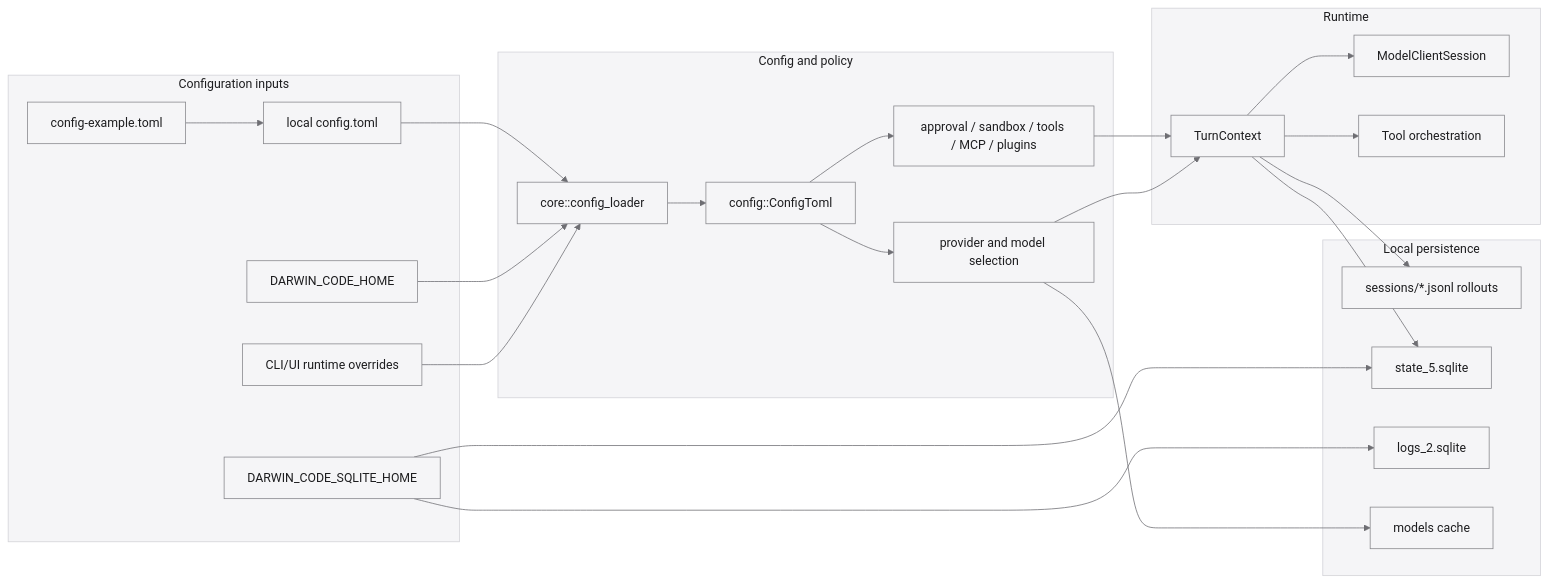
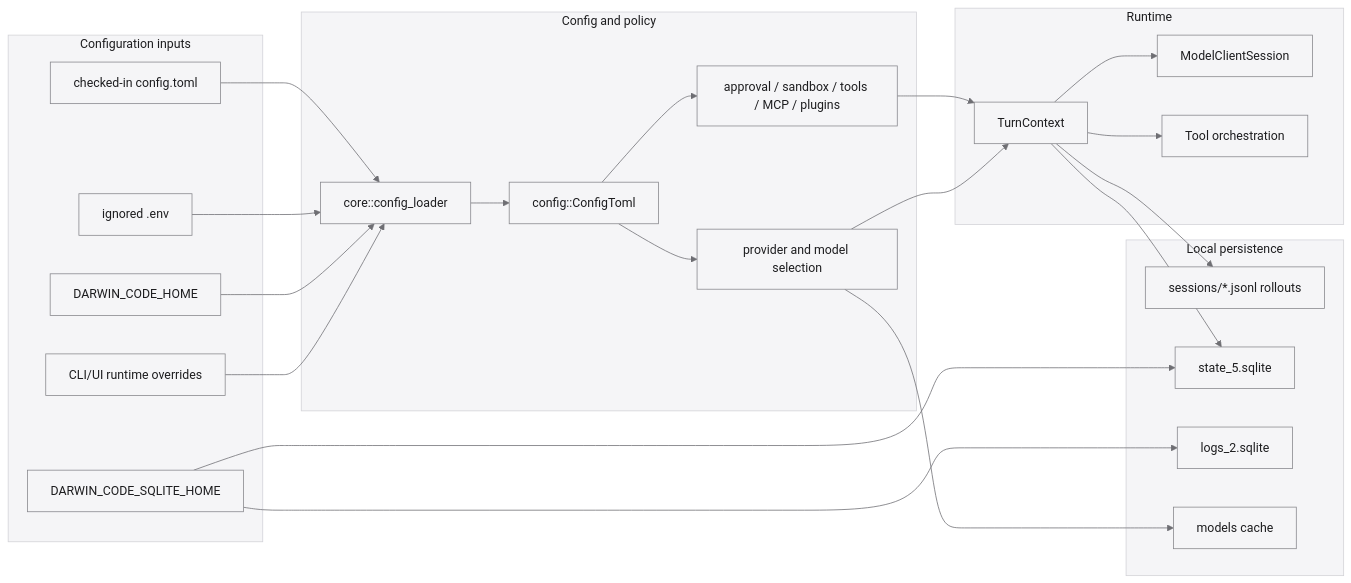
The sixth of 8 diagrams in docs/architecture.md (huizhike/darwin-code), drawn with Mermaid before and after one commit. The commit also changed other lines of this file and 48 other files, not shown here.

````diff
--- a/docs/architecture.md
+++ b/docs/architecture.md
@@ -225,48 +225,48 @@
 ```mermaid
 %%{init: {"theme": "base", "themeVariables": {"background": "#f5f5f7", "mainBkg": "#f5f5f7", "primaryColor": "#f5f5f7", "primaryTextColor": "#1d1d1f", "primaryBorderColor": "#86868b", "secondaryColor": "#e8e8ed", "secondaryTextColor": "#1d1d1f", "secondaryBorderColor": "#a1a1a6", "tertiaryColor": "#ffffff", "tertiaryTextColor": "#1d1d1f", "tertiaryBorderColor": "#d2d2d7", "clusterBkg": "#f5f5f7", "clusterBorder": "#d2d2d7", "lineColor": "#6e6e73", "edgeLabelBackground": "#ffffff", "actorBkg": "#f5f5f7", "actorBorder": "#86868b", "actorTextColor": "#1d1d1f", "activationBkgColor": "#e8e8ed", "activationBorderColor": "#86868b", "noteBkgColor": "#f5f5f7", "noteTextColor": "#1d1d1f", "fontFamily": "-apple-system, BlinkMacSystemFont, SF Pro Text, Segoe UI, sans-serif"}}}%%
 flowchart LR
     subgraph inputs[Configuration inputs]
-        example[config-example.toml]
-        local[local config.toml]
+        defaultConfig[checked-in config.toml]
+        envFile[ignored .env]
         home[DARWIN_CODE_HOME]
         env[DARWIN_CODE_SQLITE_HOME]
         overrides[CLI/UI runtime overrides]
     end
 
     subgraph configLayer[Config and policy]
         loader[core::config_loader]
         toml[config::ConfigToml]
         policies[approval / sandbox / tools / MCP / plugins]
         providers[provider and model selection]
     end
 
     subgraph runtime[Runtime]
         turn[TurnContext]
         model[ModelClientSession]
         tools[Tool orchestration]
     end
 
     subgraph persistence[Local persistence]
         jsonl[sessions/*.jsonl rollouts]
         stateDb[state_5.sqlite]
         logsDb[logs_2.sqlite]
         cache[models cache]
     end
 
-    example --> local
-    local --> loader
+    defaultConfig --> loader
+    envFile --> loader
     home --> loader
     overrides --> loader
     loader --> toml
     toml --> policies
     toml --> providers
     policies --> turn
     providers --> turn
     turn --> model
     turn --> tools
     turn --> jsonl
     turn --> stateDb
     env --> stateDb
     env --> logsDb
     providers --> cache
 ```
````
